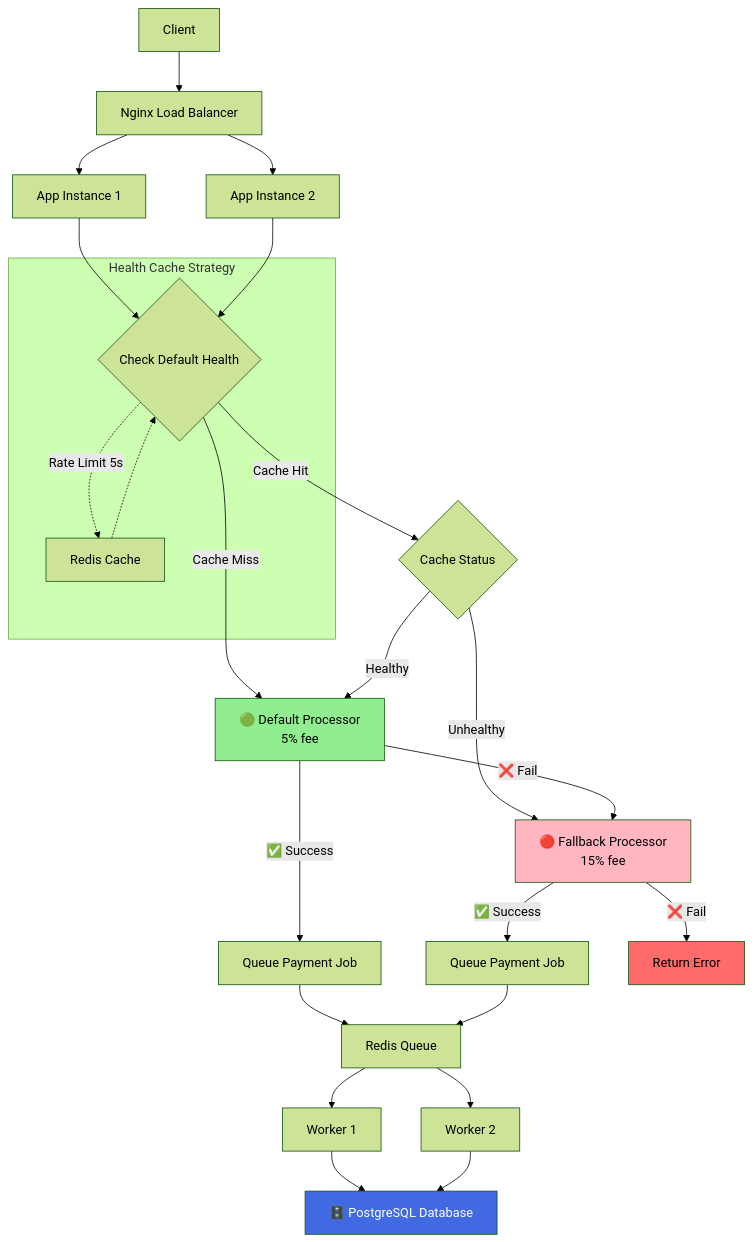
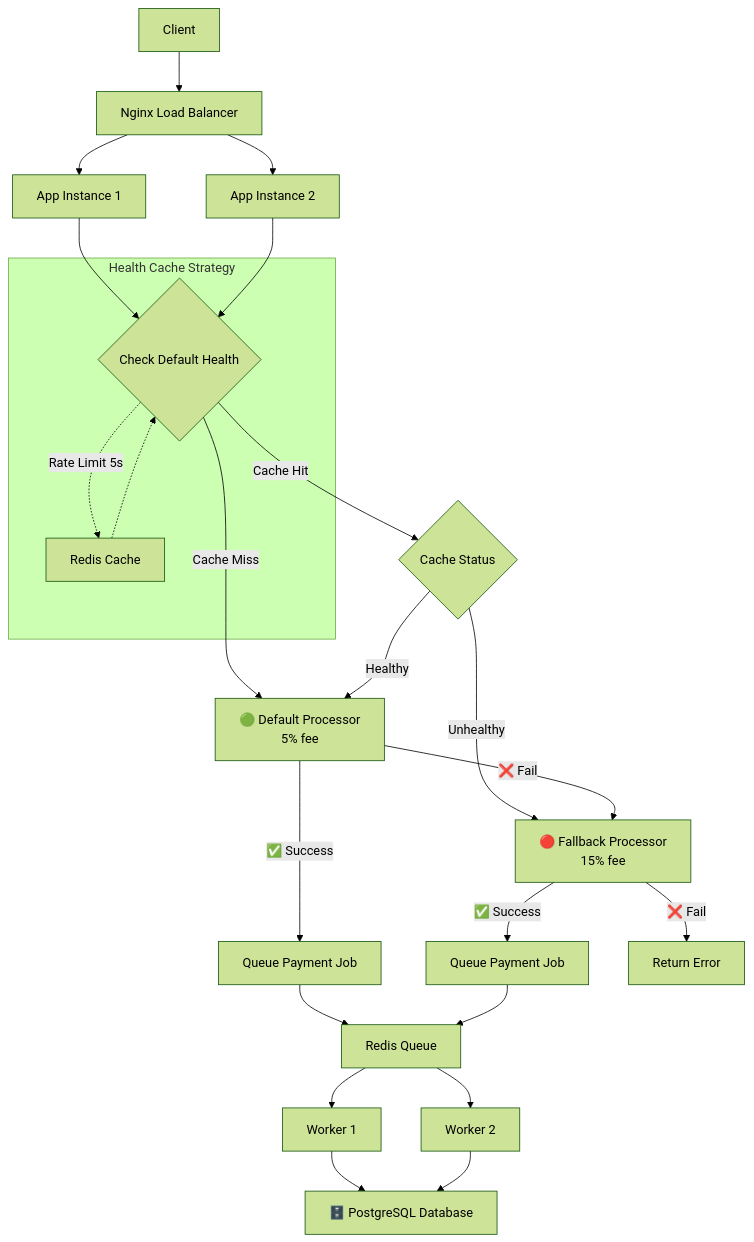
One commit to marcosvfn/rinha-backend-2025 changed the diagram in README.md. Above: the diagram before and after it, drawn with Mermaid (forest theme).

````diff
--- a/README.md
+++ b/README.md
@@ -86,40 +86,35 @@
 ```mermaid
 flowchart TD
     Client[Client] --> Nginx[Nginx Load Balancer]
     Nginx --> App1[App Instance 1]
     Nginx --> App2[App Instance 2]
 
     App1 --> HealthCheck{Check Default Health}
     App2 --> HealthCheck
 
     HealthCheck -->|Cache Hit| CacheDecision{Cache Status}
     HealthCheck -->|Cache Miss| DefaultProcessor[🟢 Default Processor<br/>5% fee]
 
     CacheDecision -->|Healthy| DefaultProcessor
     CacheDecision -->|Unhealthy| FallbackProcessor[🔴 Fallback Processor<br/>15% fee]
 
     DefaultProcessor -->|✅ Success| QueueJob1[Queue Payment Job]
     DefaultProcessor -->|❌ Fail| FallbackProcessor
 
     FallbackProcessor -->|✅ Success| QueueJob2[Queue Payment Job]
     FallbackProcessor -->|❌ Fail| Error[Return Error]
 
     QueueJob1 --> RedisQueue[Redis Queue]
     QueueJob2 --> RedisQueue
 
     RedisQueue --> Worker1[Worker 1]
     RedisQueue --> Worker2[Worker 2]
 
     Worker1 --> PostgreSQL[🗄️ PostgreSQL Database]
     Worker2 --> PostgreSQL
 
     subgraph "Health Cache Strategy"
         HealthCheck -.->|Rate Limit 5s| RedisCache[Redis Cache]
         RedisCache -.-> HealthCheck
     end
-
-    style DefaultProcessor fill:#90EE90
-    style FallbackProcessor fill:#FFB6C1
-    style Error fill:#FF6B6B
-    style PostgreSQL fill:#4169E1,color:#fff
 ```
````
